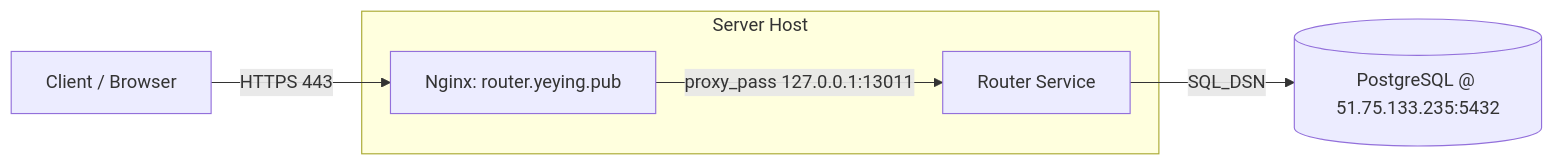
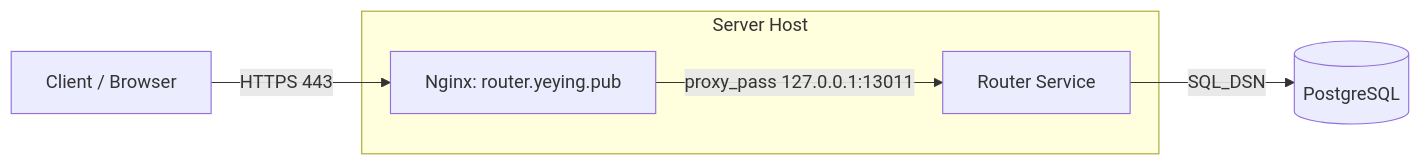
The diagram in docs/doc/Up.md (kobofare/router), drawn with Mermaid before and after one commit. The commit also changed other lines of this file, not shown here.

````diff
--- a/docs/doc/Up.md
+++ b/docs/doc/Up.md
@@ -24,11 +12,11 @@
 ```mermaid
 flowchart LR
     User[Client / Browser] -->|HTTPS 443| Nginx[Nginx: router.yeying.pub]
     Nginx -->|proxy_pass 127.0.0.1:13011| Router[Router Service]
-    Router -->|SQL_DSN| PG[(PostgreSQL @ 51.75.133.235:5432)]
+    Router -->|SQL_DSN| PG[(PostgreSQL)]
 
     subgraph Host[Server Host]
         Nginx
         Router
     end
 ```
````
